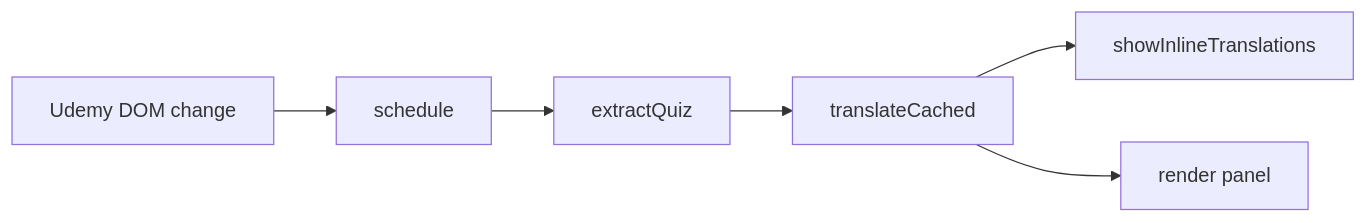
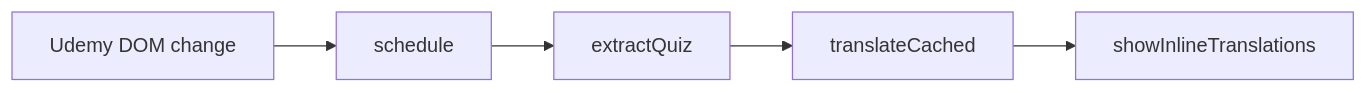
One commit to JaceDashS/udemy-korean-translator changed the diagram in docs/architecture/10-overview.md. Above: the diagram before and after it, drawn with Mermaid. The commit also changed other lines of this file and 7 other files, not shown here.

````diff
--- a/docs/architecture/10-overview.md
+++ b/docs/architecture/10-overview.md
@@ -12,8 +12,7 @@
 ```mermaid
 flowchart LR
     A[Udemy DOM change] --> B[schedule]
     B --> C[extractQuiz]
     C --> D[translateCached]
     D --> E[showInlineTranslations]
-    D --> F[render panel]
 ```
````
